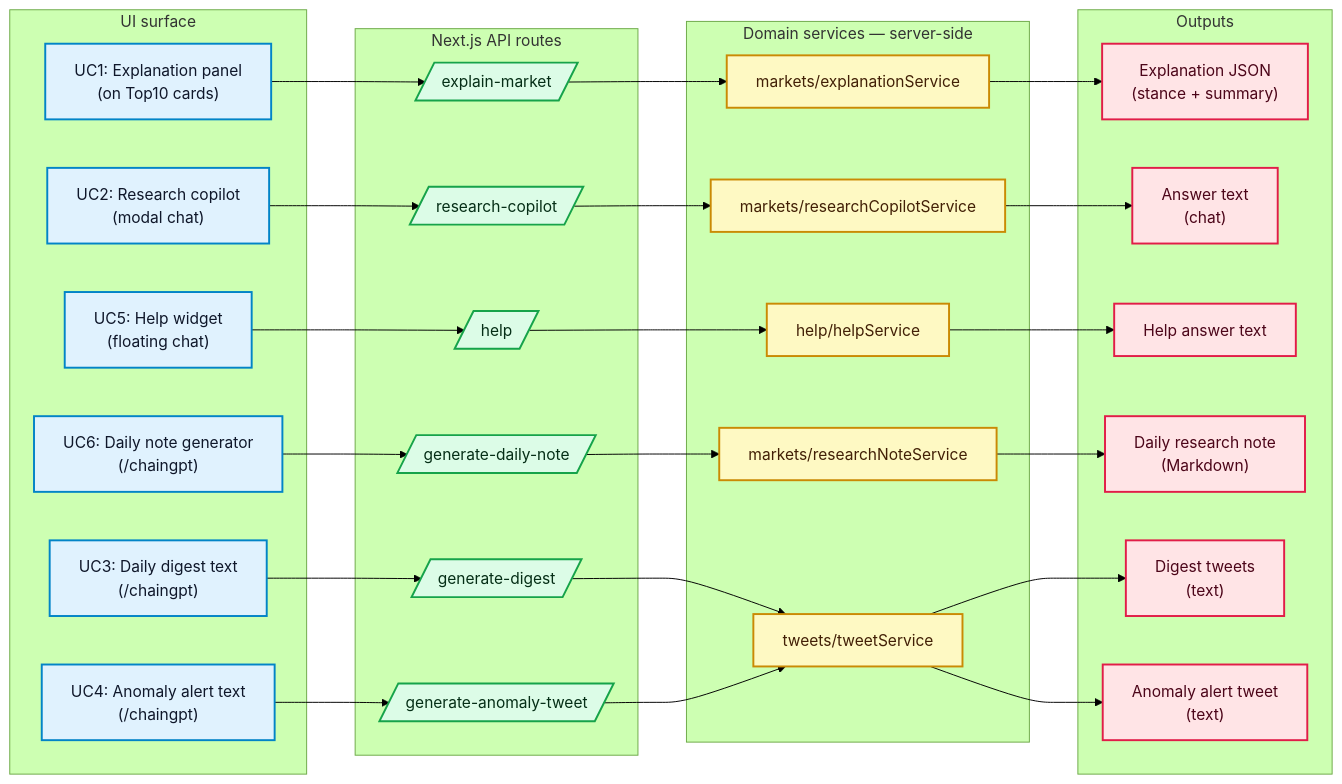
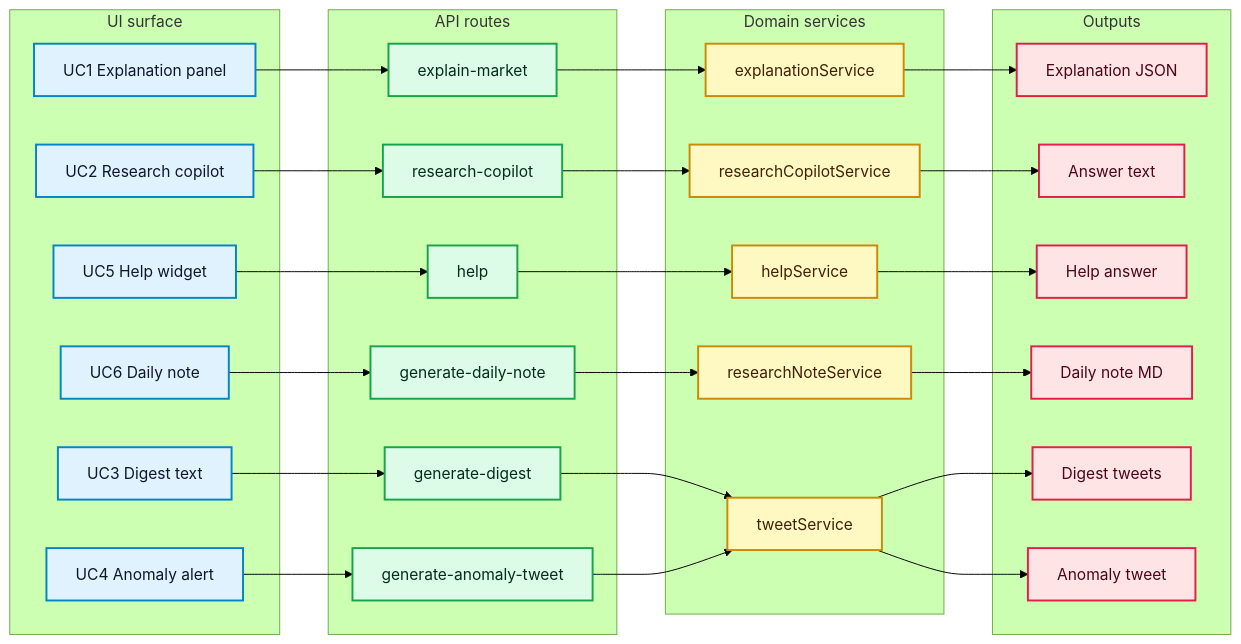
One commit to nelsonjingusc/predictoriq-demo changed the second of 2 diagrams in docs/CHAINGPT_INTEGRATION_OVERVIEW.md. Above: the diagram before and after it, drawn with Mermaid (forest theme). The commit also changed other lines of this file, not shown here.

Commit message:
Fix Mermaid diagrams for GitHub compatibility.

````diff
--- a/docs/CHAINGPT_INTEGRATION_OVERVIEW.md
+++ b/docs/CHAINGPT_INTEGRATION_OVERVIEW.md
@@ -89,49 +88,49 @@
 ```mermaid
 flowchart LR
-  classDef ui fill:#E0F2FE,stroke:#0284C7,color:#0F172A,stroke-width:2px;
-  classDef route fill:#DCFCE7,stroke:#16A34A,color:#052E16,stroke-width:2px;
-  classDef svc fill:#FEF9C3,stroke:#CA8A04,color:#422006,stroke-width:2px;
-  classDef out fill:#FFE4E6,stroke:#E11D48,color:#4C0519,stroke-width:2px;
+  classDef ui fill:#E0F2FE,stroke:#0284C7,color:#0F172A,stroke-width:2px
+  classDef route fill:#DCFCE7,stroke:#16A34A,color:#052E16,stroke-width:2px
+  classDef svc fill:#FEF9C3,stroke:#CA8A04,color:#422006,stroke-width:2px
+  classDef out fill:#FFE4E6,stroke:#E11D48,color:#4C0519,stroke-width:2px
 
-  subgraph UI["UI surface"]
-    U1["UC1: Explanation panel<br/>(on Top10 cards)"]:::ui
-    U2["UC2: Research copilot<br/>(modal chat)"]:::ui
-    U3["UC5: Help widget<br/>(floating chat)"]:::ui
-    U4["UC6: Daily note generator<br/>(/chaingpt)"]:::ui
-    U5["UC3: Daily digest text<br/>(/chaingpt)"]:::ui
-    U6["UC4: Anomaly alert text<br/>(/chaingpt)"]:::ui
+  subgraph UI[UI surface]
+    U1[UC1 Explanation panel]:::ui
+    U2[UC2 Research copilot]:::ui
+    U3[UC5 Help widget]:::ui
+    U4[UC6 Daily note]:::ui
+    U5[UC3 Digest text]:::ui
+    U6[UC4 Anomaly alert]:::ui
   end
 
-  subgraph Routes["Next.js API routes"]
-    A1[/explain-market/]:::route
-    A2[/research-copilot/]:::route
-    A3[/help/]:::route
-    A4[/generate-daily-note/]:::route
-    A5[/generate-digest/]:::route
-    A6[/generate-anomaly-tweet/]:::route
+  subgraph Routes[API routes]
+    A1[explain-market]:::route
+    A2[research-copilot]:::route
+    A3[help]:::route
+    A4[generate-daily-note]:::route
+    A5[generate-digest]:::route
+    A6[generate-anomaly-tweet]:::route
   end
 
-  subgraph Services["Domain services — server-side"]
-    S1[markets/explanationService]:::svc
-    S2[markets/researchCopilotService]:::svc
-    S3[help/helpService]:::svc
-    S4[markets/researchNoteService]:::svc
-    S5[tweets/tweetService]:::svc
+  subgraph Services[Domain services]
+    S1[explanationService]:::svc
+    S2[researchCopilotService]:::svc
+    S3[helpService]:::svc
+    S4[researchNoteService]:::svc
+    S5[tweetService]:::svc
   end
 
-  subgraph Outputs["Outputs"]
-    O1["Explanation JSON<br/>(stance + summary)"]:::out
-    O2["Answer text<br/>(chat)"]:::out
-    O3[Help answer text]:::out
-    O4["Daily research note<br/>(Markdown)"]:::out
-    O5["Digest tweets<br/>(text)"]:::out
-    O6["Anomaly alert tweet<br/>(text)"]:::out
+  subgraph Outputs[Outputs]
+    O1[Explanation JSON]:::out
+    O2[Answer text]:::out
+    O3[Help answer]:::out
+    O4[Daily note MD]:::out
+    O5[Digest tweets]:::out
+    O6[Anomaly tweet]:::out
   end
 
   U1 --> A1 --> S1 --> O1
   U2 --> A2 --> S2 --> O2
   U3 --> A3 --> S3 --> O3
   U4 --> A4 --> S4 --> O4
   U5 --> A5 --> S5 --> O5
   U6 --> A6 --> S5 --> O6
 ```
````
